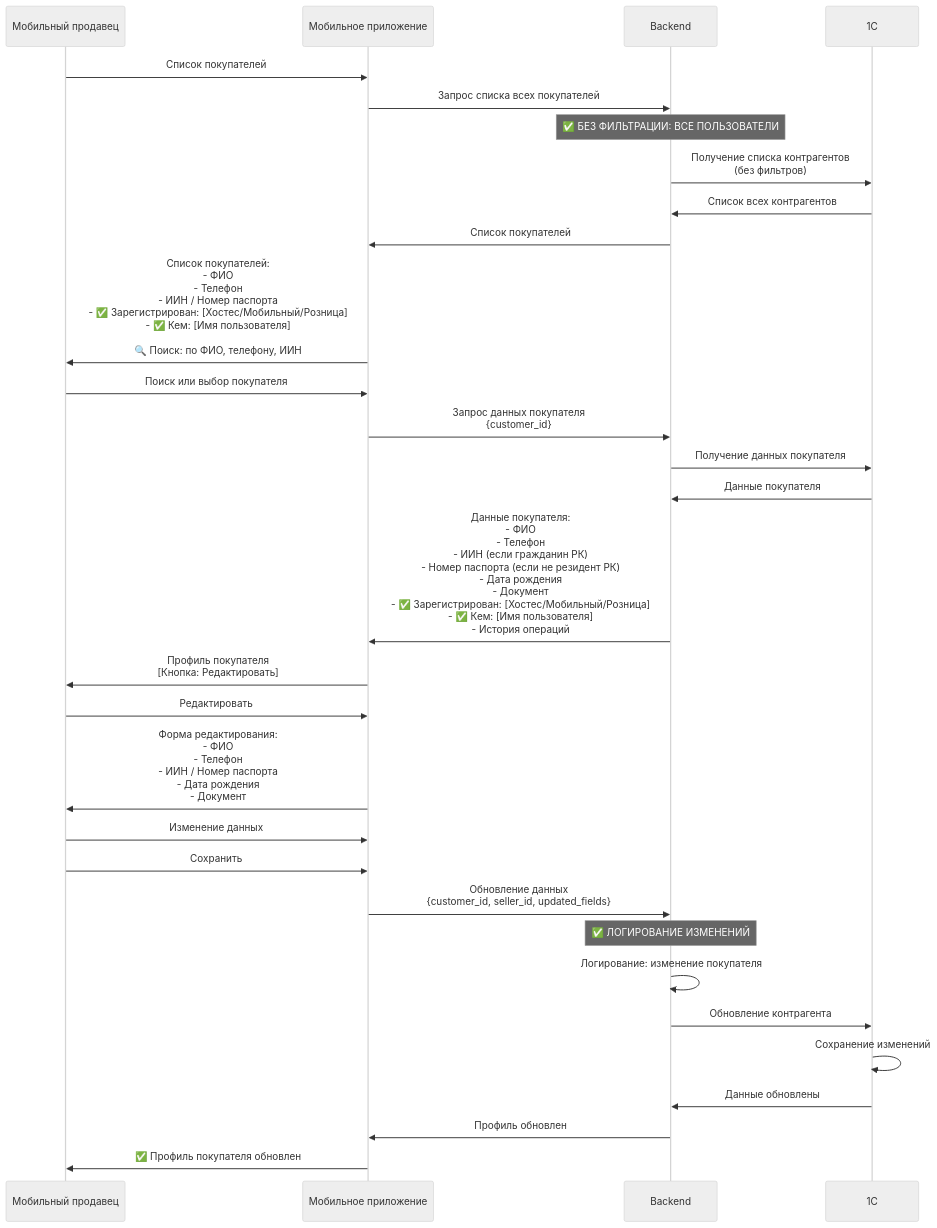
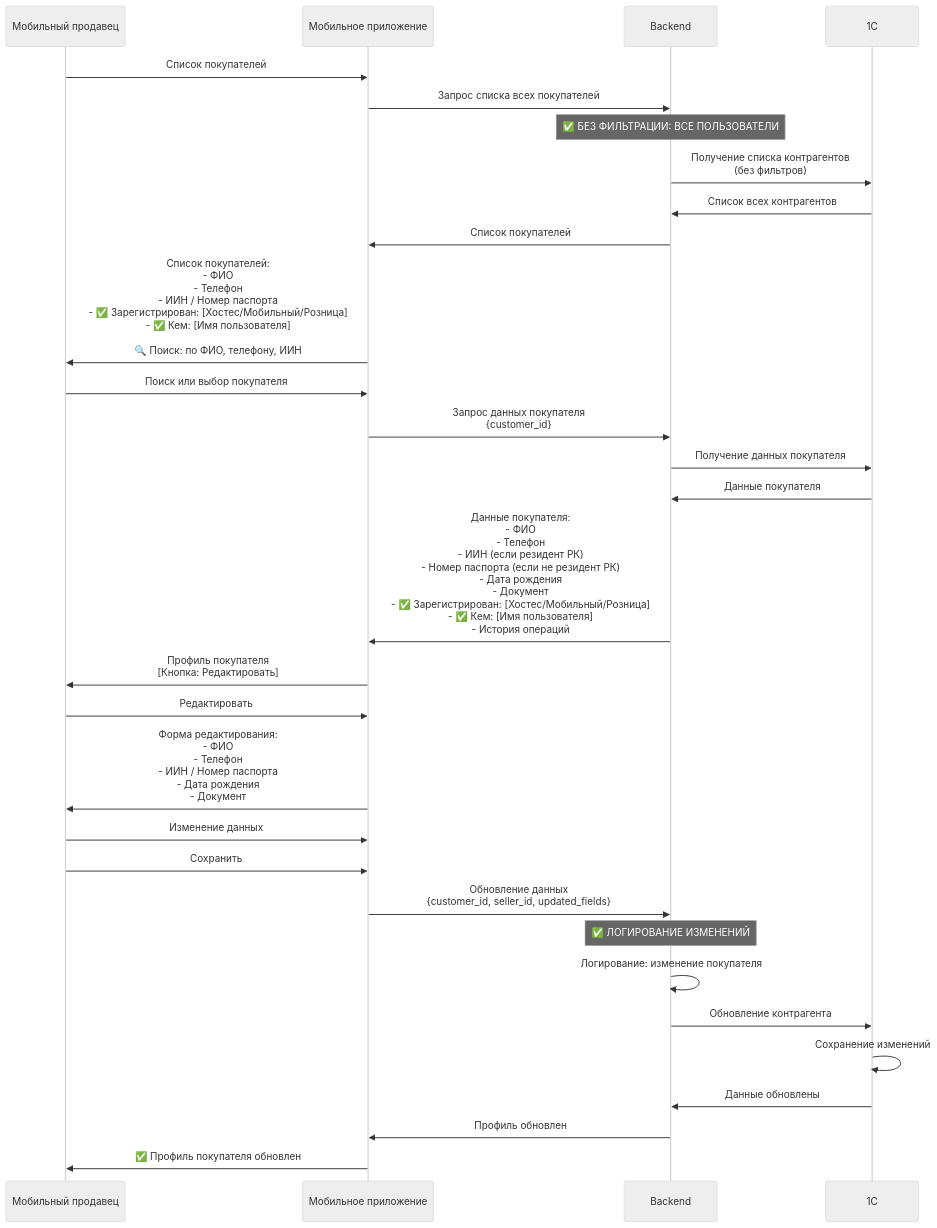
Diagram 11 of 14 in tz.md (retsaftu/ktng-mobile-demo), drawn with Mermaid (neutral theme) before and after one commit. The commit also changed other lines of this file and 2 other files, not shown here.

Commit message:
Единая формулировка: «Резидент РК» / «Не резидент РК» вместо «гражданин» и «нерезидент»

````diff
--- a/tz.md
+++ b/tz.md
@@ -1041,55 +1041,55 @@
 ```mermaid
 sequenceDiagram
     participant Seller as Мобильный продавец
     participant App as Мобильное приложение
     participant Backend as Backend
     participant OneC as 1С
 
     Seller->>App: Список покупателей
     
     App->>Backend: Запрос списка всех покупателей
     
     Note over Backend: ✅ БЕЗ ФИЛЬТРАЦИИ: ВСЕ ПОЛЬЗОВАТЕЛИ
     Backend->>OneC: Получение списка контрагентов<br/>(без фильтров)
     
     OneC->>Backend: Список всех контрагентов
     
     Backend->>App: Список покупателей
     
     App->>Seller: Список покупателей:<br/>- ФИО<br/>- Телефон<br/>- ИИН / Номер паспорта<br/>- ✅ Зарегистрирован: [Хостес/Мобильный/Розница]<br/>- ✅ Кем: [Имя пользователя]<br/><br/>🔍 Поиск: по ФИО, телефону, ИИН
     
     Seller->>App: Поиск или выбор покупателя
     
     App->>Backend: Запрос данных покупателя<br/>{customer_id}
     
     Backend->>OneC: Получение данных покупателя
     
     OneC->>Backend: Данные покупателя
     
-    Backend->>App: Данные покупателя:<br/>- ФИО<br/>- Телефон<br/>- ИИН (если гражданин РК)<br/>- Номер паспорта (если не резидент РК)<br/>- Дата рождения<br/>- Документ<br/>- ✅ Зарегистрирован: [Хостес/Мобильный/Розница]<br/>- ✅ Кем: [Имя пользователя]<br/>- История операций
+    Backend->>App: Данные покупателя:<br/>- ФИО<br/>- Телефон<br/>- ИИН (если резидент РК)<br/>- Номер паспорта (если не резидент РК)<br/>- Дата рождения<br/>- Документ<br/>- ✅ Зарегистрирован: [Хостес/Мобильный/Розница]<br/>- ✅ Кем: [Имя пользователя]<br/>- История операций
     
     App->>Seller: Профиль покупателя<br/>[Кнопка: Редактировать]
     
     Seller->>App: Редактировать
     
     App->>Seller: Форма редактирования:<br/>- ФИО<br/>- Телефон<br/>- ИИН / Номер паспорта<br/>- Дата рождения<br/>- Документ
     
     Seller->>App: Изменение данных
     
     Seller->>App: Сохранить
     
     App->>Backend: Обновление данных<br/>{customer_id, seller_id, updated_fields}
     
     Note over Backend: ✅ ЛОГИРОВАНИЕ ИЗМЕНЕНИЙ
     Backend->>Backend: Логирование: изменение покупателя
     
     Backend->>OneC: Обновление контрагента
     
     OneC->>OneC: Сохранение изменений
     
     OneC->>Backend: Данные обновлены
     
     Backend->>App: Профиль обновлен
     
     App->>Seller: ✅ Профиль покупателя обновлен
 ```
````
